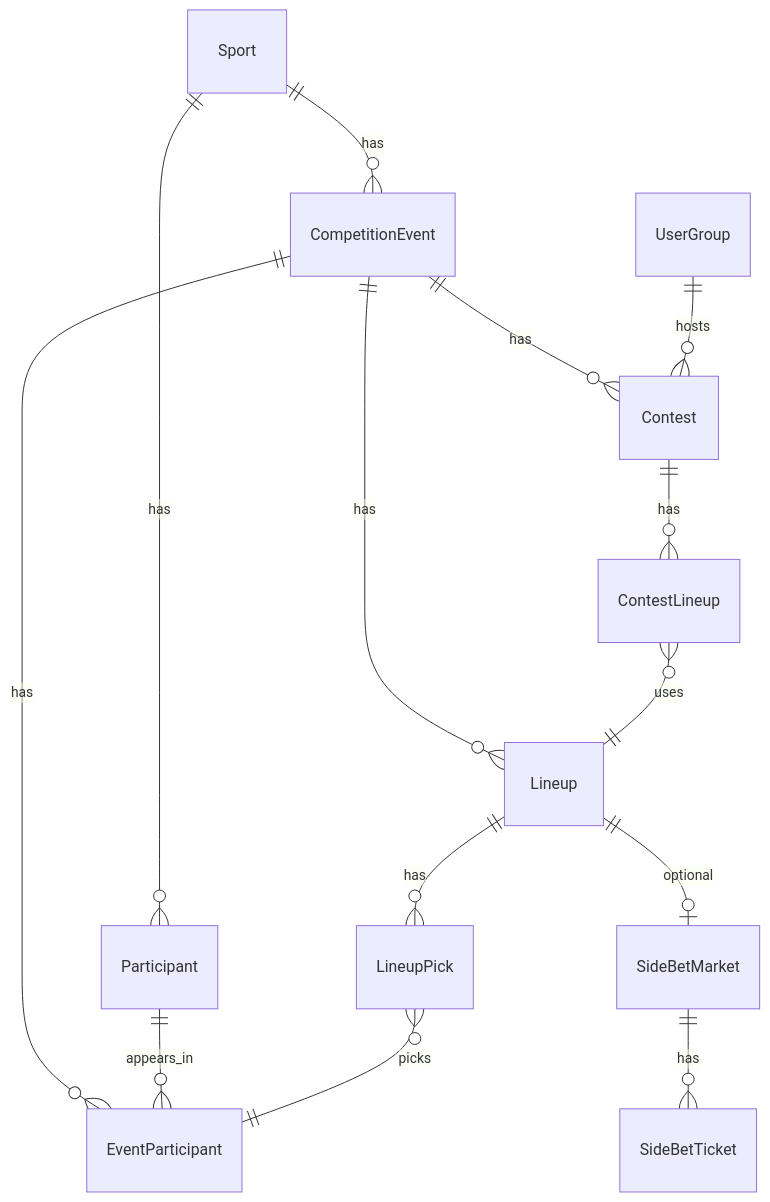
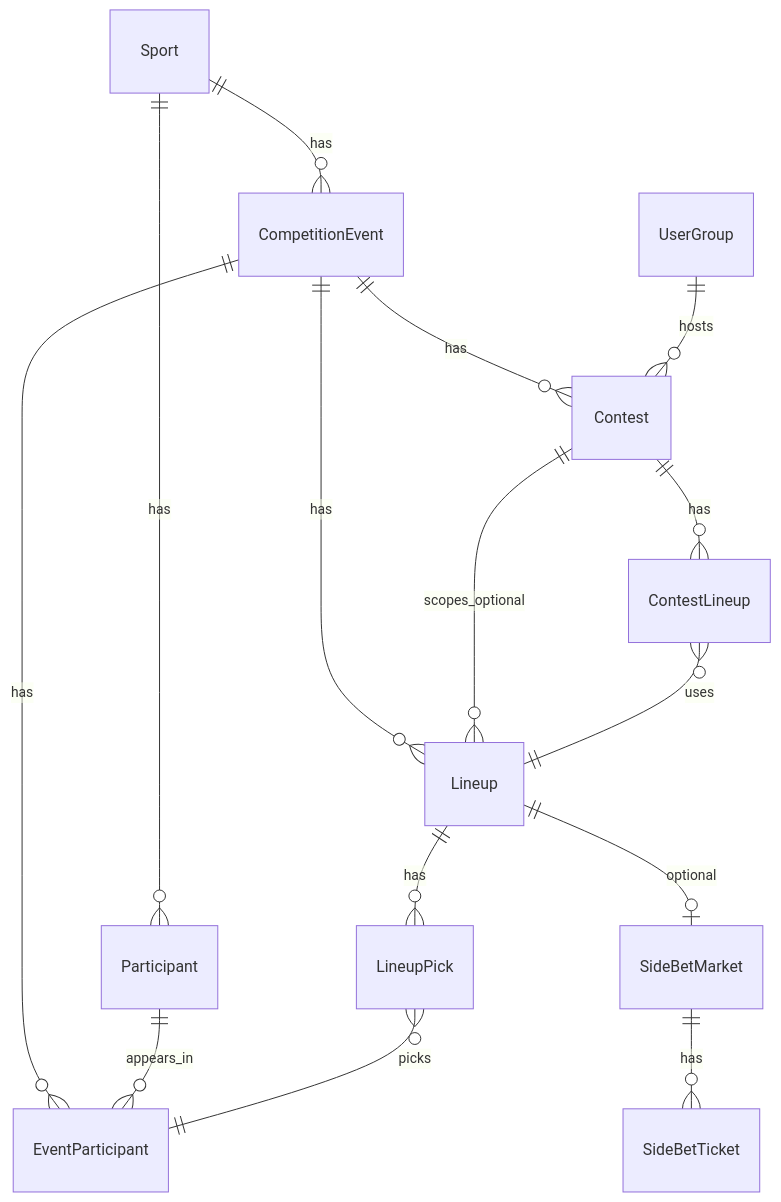
Before and after one commit to MagRelo/cut: the diagram in spec/server/data-models.md, drawn with Mermaid. The commit also changed other lines of this file and 36 other files, not shown here.

First line of the commit message:
Refactor lineup management and contest components for improved functionality and clarity

````diff
--- a/spec/server/data-models.md
+++ b/spec/server/data-models.md
@@ -134,16 +135,17 @@
 ```mermaid
 erDiagram
   Sport ||--o{ CompetitionEvent : has
   Sport ||--o{ Participant : has
   CompetitionEvent ||--o{ EventParticipant : has
   Participant ||--o{ EventParticipant : appears_in
   CompetitionEvent ||--o{ Lineup : has
+  Contest ||--o{ Lineup : scopes_optional
   Lineup ||--o{ LineupPick : has
   LineupPick }o--|| EventParticipant : picks
   CompetitionEvent ||--o{ Contest : has
   UserGroup ||--o{ Contest : hosts
   Contest ||--o{ ContestLineup : has
   ContestLineup }o--|| Lineup : uses
   Lineup ||--o| SideBetMarket : optional
   SideBetMarket ||--o{ SideBetTicket : has
 ```
````
